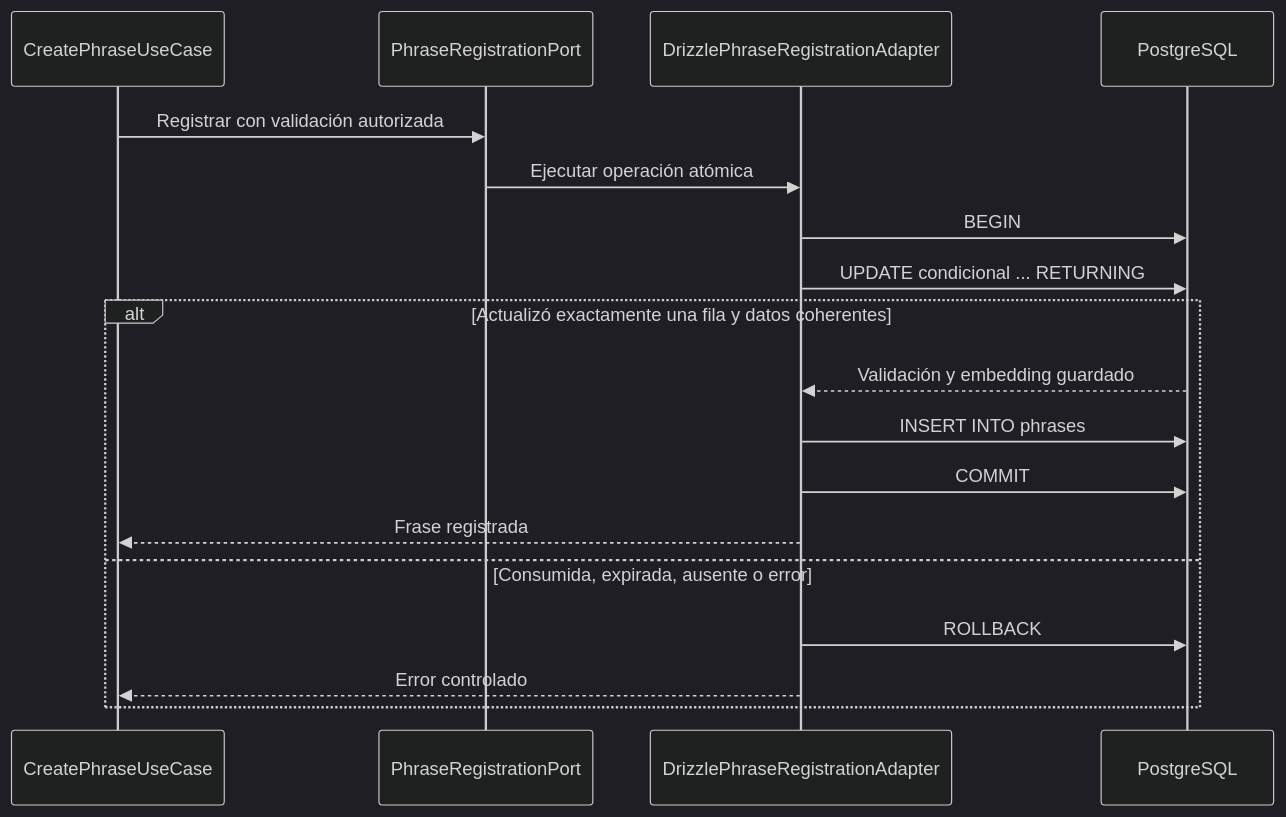
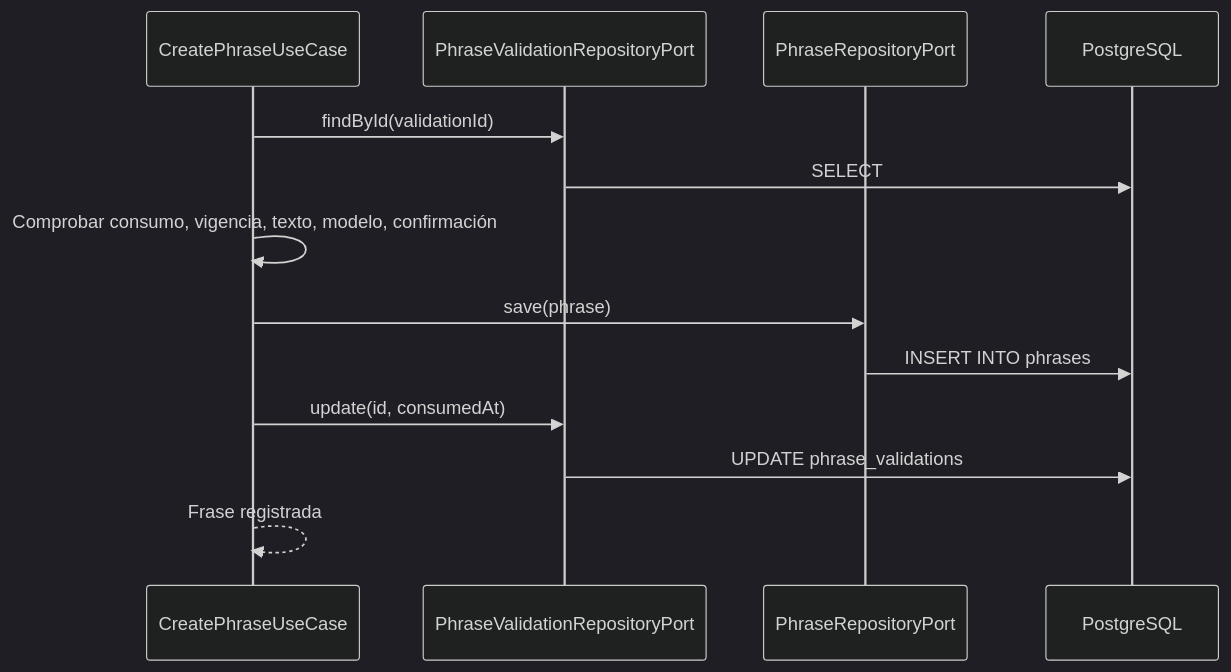
One commit to eduardoquispe/semantic-phrase-app changed the third of 4 diagrams in docs/03-architecture/05-data-architecture.md. Above: the diagram before and after it, drawn with Mermaid (dark theme). The commit also changed other lines of this file and 13 other files, not shown here.

````diff
--- a/docs/03-architecture/05-data-architecture.md
+++ b/docs/03-architecture/05-data-architecture.md
@@ -299,20 +292,15 @@
 ```mermaid
 sequenceDiagram
     participant UC as CreatePhraseUseCase
-    participant P as PhraseRegistrationPort
-    participant A as DrizzlePhraseRegistrationAdapter
+    participant VR as PhraseValidationRepositoryPort
+    participant PR as PhraseRepositoryPort
     participant DB as PostgreSQL
-    UC->>P: Registrar con validación autorizada
-    P->>A: Ejecutar operación atómica
-    A->>DB: BEGIN
-    A->>DB: UPDATE condicional ... RETURNING
-    alt Actualizó exactamente una fila y datos coherentes
-        DB-->>A: Validación y embedding guardado
-        A->>DB: INSERT INTO phrases
-        A->>DB: COMMIT
-        A-->>UC: Frase registrada
-    else Consumida, expirada, ausente o error
-        A->>DB: ROLLBACK
-        A-->>UC: Error controlado
-    end
+    UC->>VR: findById(validationId)
+    VR->>DB: SELECT
+    UC->>UC: Comprobar consumo, vigencia, texto, modelo, confirmación
+    UC->>PR: save(phrase)
+    PR->>DB: INSERT INTO phrases
+    UC->>VR: update(id, consumedAt)
+    VR->>DB: UPDATE phrase_validations
+    UC-->>UC: Frase registrada
 ```
````
